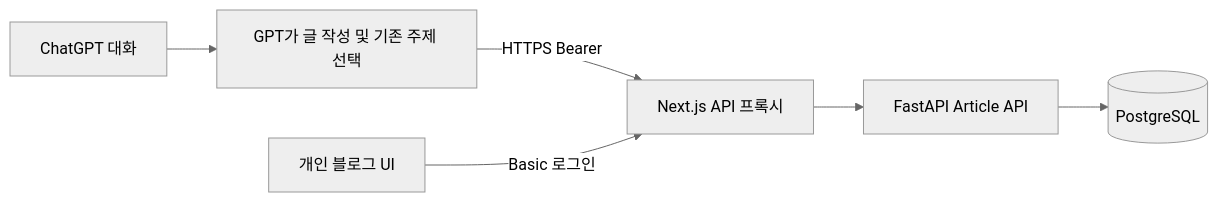
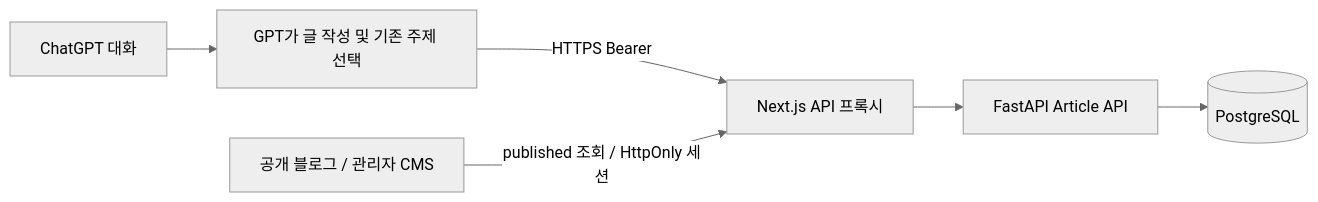
One commit to dbdtm123-hub/gptproject changed the diagram in docs/architecture.md. Above: the diagram before and after it, drawn with Mermaid (neutral theme). The commit also changed other lines of this file and 33 other files, not shown here.

````diff
--- a/docs/architecture.md
+++ b/docs/architecture.md
@@ -9,8 +9,8 @@
 ```mermaid
 flowchart LR
   Chat[ChatGPT 대화] --> Writer[GPT가 글 작성 및 기존 주제 선택]
   Writer -->|HTTPS Bearer| Proxy[Next.js API 프록시]
-  Browser[개인 블로그 UI] -->|Basic 로그인| Proxy
+  Browser[공개 블로그 / 관리자 CMS] -->|published 조회 / HttpOnly 세션| Proxy
   Proxy --> API[FastAPI Article API]
   API --> DB[(PostgreSQL)]
 ```
````
